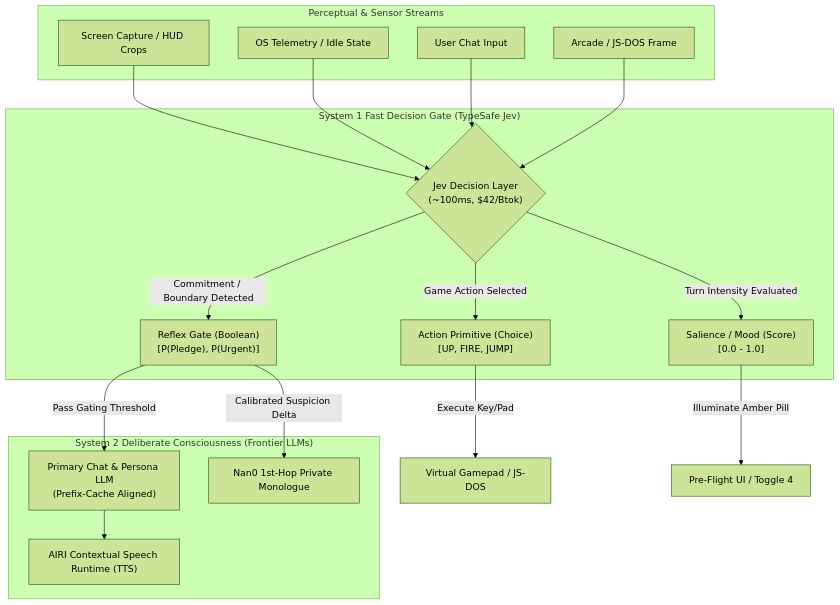
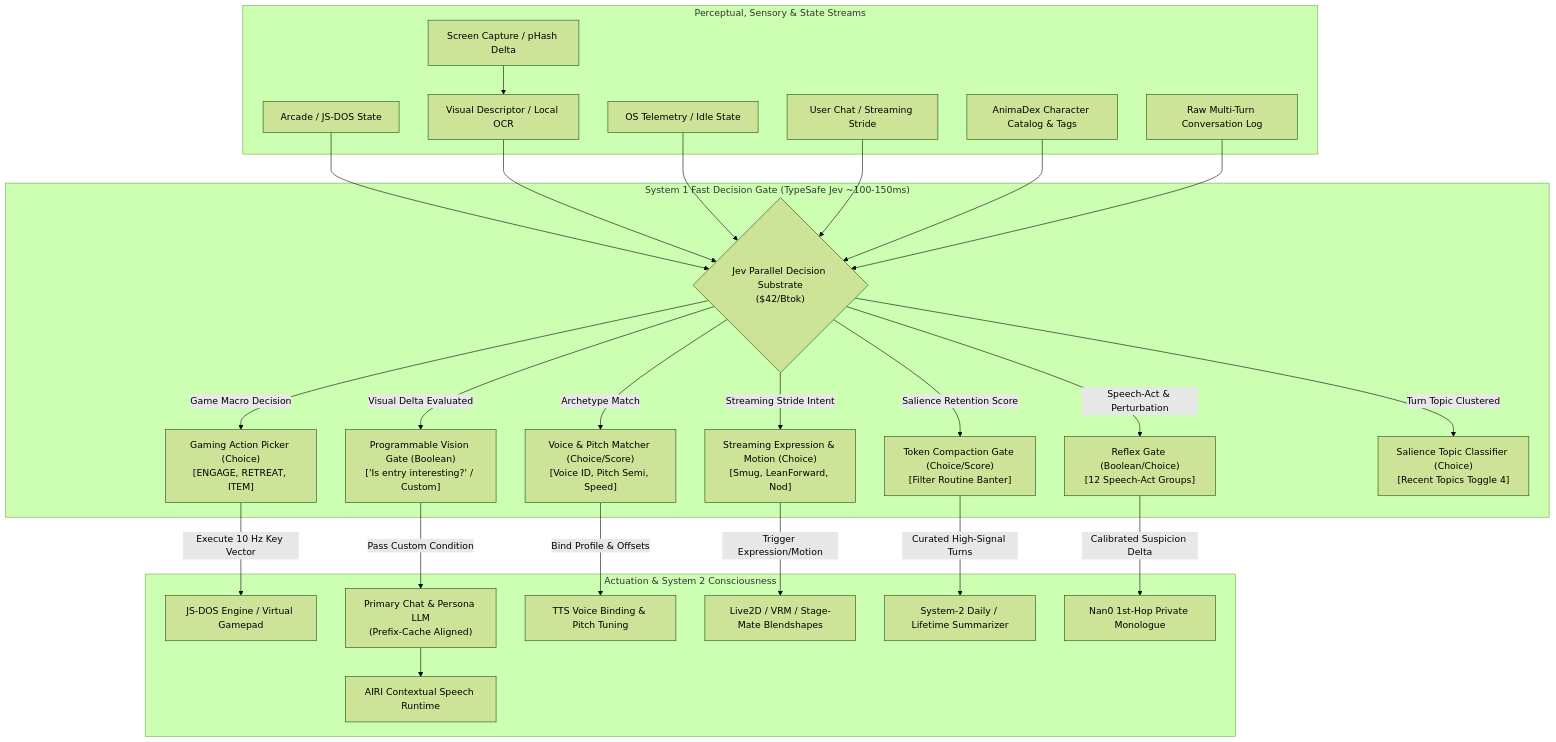
One commit to 7n1m4/7n1m4 changed the diagram in docs/proposal-jev-integration.md. Above: the diagram before and after it, drawn with Mermaid (forest theme). The commit also changed other lines of this file and 6 other files, not shown here.

First line of the commit message:
feat(animadex): ship Domain E System-1 fast voice matching with LLM fallback

````diff
--- a/docs/proposal-jev-integration.md
+++ b/docs/proposal-jev-integration.md
@@ -57,37 +60,58 @@
 ```mermaid
 flowchart TD
-    subgraph "Perceptual & Sensor Streams"
-        Screen[Screen Capture / HUD Crops]
+    subgraph "Perceptual, Sensory & State Streams"
+        Screen[Screen Capture / pHash Delta]
+        VisualDesc[Visual Descriptor / Local OCR]
         Sensors[OS Telemetry / Idle State]
-        ChatIn[User Chat Input]
-        GameFrame[Arcade / JS-DOS Frame]
+        ChatIn[User Chat / Streaming Stride]
+        GameFrame[Arcade / JS-DOS State]
+        AnimaDexTags[AnimaDex Character Catalog & Tags]
+        RawHistory[Raw Multi-Turn Conversation Log]
     end
 
-    subgraph "System 1 Fast Decision Gate (TypeSafe Jev)"
-        JevGate{"Jev Decision Layer\n(~100ms, $42/Btok)"}
-        ActionPicker["Action Primitive (Choice)\n[UP, FIRE, JUMP]"]
-        SalienceFilter["Salience / Mood (Score)\n[0.0 - 1.0]"]
-        TruthVerifier["Reflex Gate (Boolean)\n[P(Pledge), P(Urgent)]"]
+    Screen --> VisualDesc
+
+    subgraph "System 1 Fast Decision Gate (TypeSafe Jev ~100-150ms)"
+        JevGate{"Jev Parallel Decision Substrate\n($42/Btok)"}
+        ActionPicker["Gaming Action Picker (Choice)\n[ENGAGE, RETREAT, ITEM]"]
+        ProgScreenGate["Programmable Vision Gate (Boolean)\n['Is entry interesting?' / Custom]"]
+        VoiceMatcher["Voice & Pitch Matcher (Choice/Score)\n[Voice ID, Pitch Semi, Speed]"]
+        ExprDispatch["Streaming Expression & Motion (Choice)\n[Smug, LeanForward, Nod]"]
+        TokenCompactor["Token Compaction Gate (Choice/Score)\n[Filter Routine Banter]"]
+        TruthVerifier["Reflex Gate (Boolean/Choice)\n[12 Speech-Act Groups]"]
+        TopicFilter["Salience Topic Classifier (Choice)\n[Recent Topics Toggle 4]"]
     end
 
-    subgraph "System 2 Deliberate Consciousness (Frontier LLMs)"
+    subgraph "Actuation & System 2 Consciousness"
+        GameInput[JS-DOS Engine / Virtual Gamepad]
         MainLLM["Primary Chat & Persona LLM\n(Prefix-Cache Aligned)"]
-        Nan0Mono["Nan0 1st-Hop Private Monologue"]
-        Speech["AIRI Contextual Speech Runtime (TTS)"]
+        VoiceBinding[TTS Voice Binding & Pitch Tuning]
+        AvatarRig[Live2D / VRM / Stage-Mate Blendshapes]
+        MemorySummarizer[System-2 Daily / Lifetime Summarizer]
+        Nan0Mono[Nan0 1st-Hop Private Monologue]
+        SpeechTTS[AIRI Contextual Speech Runtime]
     end
 
-    Screen --> JevGate
+    GameFrame --> JevGate
+    VisualDesc --> JevGate
     Sensors --> JevGate
     ChatIn --> JevGate
-    GameFrame --> JevGate
+    AnimaDexTags --> JevGate
+    RawHistory --> JevGate
 
-    JevGate -->|Game Action Selected| ActionPicker
-    JevGate -->|Turn Intensity Evaluated| SalienceFilter
-    JevGate -->|Commitment / Boundary Detected| TruthVerifier
+    JevGate -->|Game Macro Decision| ActionPicker
+    JevGate -->|Visual Delta Evaluated| ProgScreenGate
+    JevGate -->|Archetype Match| VoiceMatcher
+    JevGate -->|Streaming Stride Intent| ExprDispatch
+    JevGate -->|Salience Retention Score| TokenCompactor
+    JevGate -->|Speech-Act & Perturbation| TruthVerifier
+    JevGate -->|Turn Topic Clustered| TopicFilter
 
-    ActionPicker -->|Execute Key/Pad| GameInput[Virtual Gamepad / JS-DOS]
-    SalienceFilter -->|Illuminate Amber Pill| GroundingUI[Pre-Flight UI / Toggle 4]
+    ActionPicker -->|Execute 10 Hz Key Vector| GameInput
+    ProgScreenGate -->|Pass Custom Condition| MainLLM
+    VoiceMatcher -->|Bind Profile & Offsets| VoiceBinding
+    ExprDispatch -->|Trigger Expression/Motion| AvatarRig
+    TokenCompactor -->|Curated High-Signal Turns| MemorySummarizer
     TruthVerifier -->|Calibrated Suspicion Delta| Nan0Mono
-    TruthVerifier -->|Pass Gating Threshold| MainLLM
-    MainLLM --> Speech
+    MainLLM --> SpeechTTS
 ```
````
